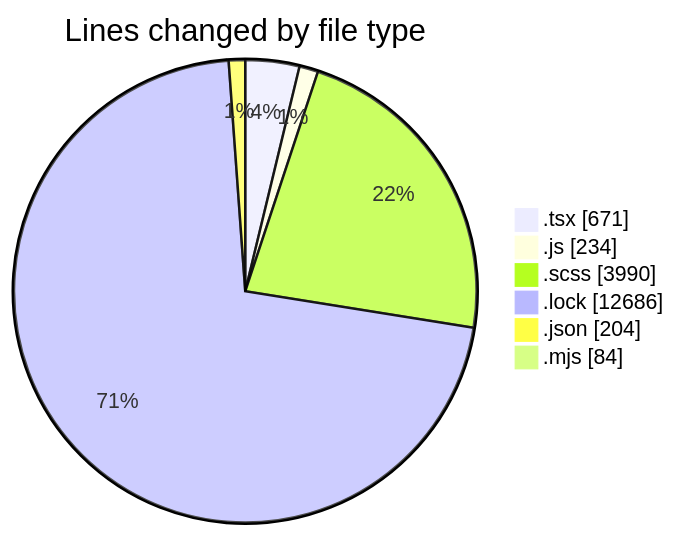
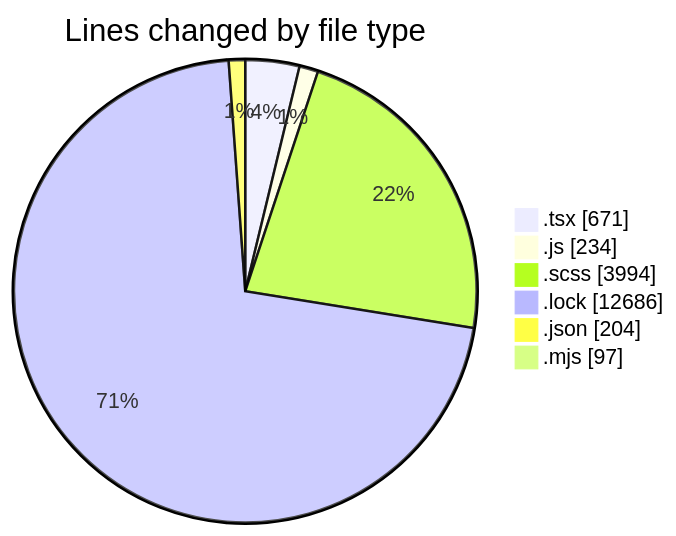
Before and after one commit to momahboobian/code-tracking: the first of 2 diagrams in 2026-01-22/cda-web-components/README.md, drawn with Mermaid. The commit also changed other lines of this file and 1 other file, not shown here.

````diff
--- a/2026-01-22/cda-web-components/README.md
+++ b/2026-01-22/cda-web-components/README.md
@@ -58,10 +58,10 @@
 ```mermaid
 pie showData
 title Lines changed by file type
 ".tsx" : 671
 ".js" : 234
-".scss" : 3990
+".scss" : 3994
 ".lock" : 12686
 ".json" : 204
-".mjs" : 84
+".mjs" : 97
 ```
````
